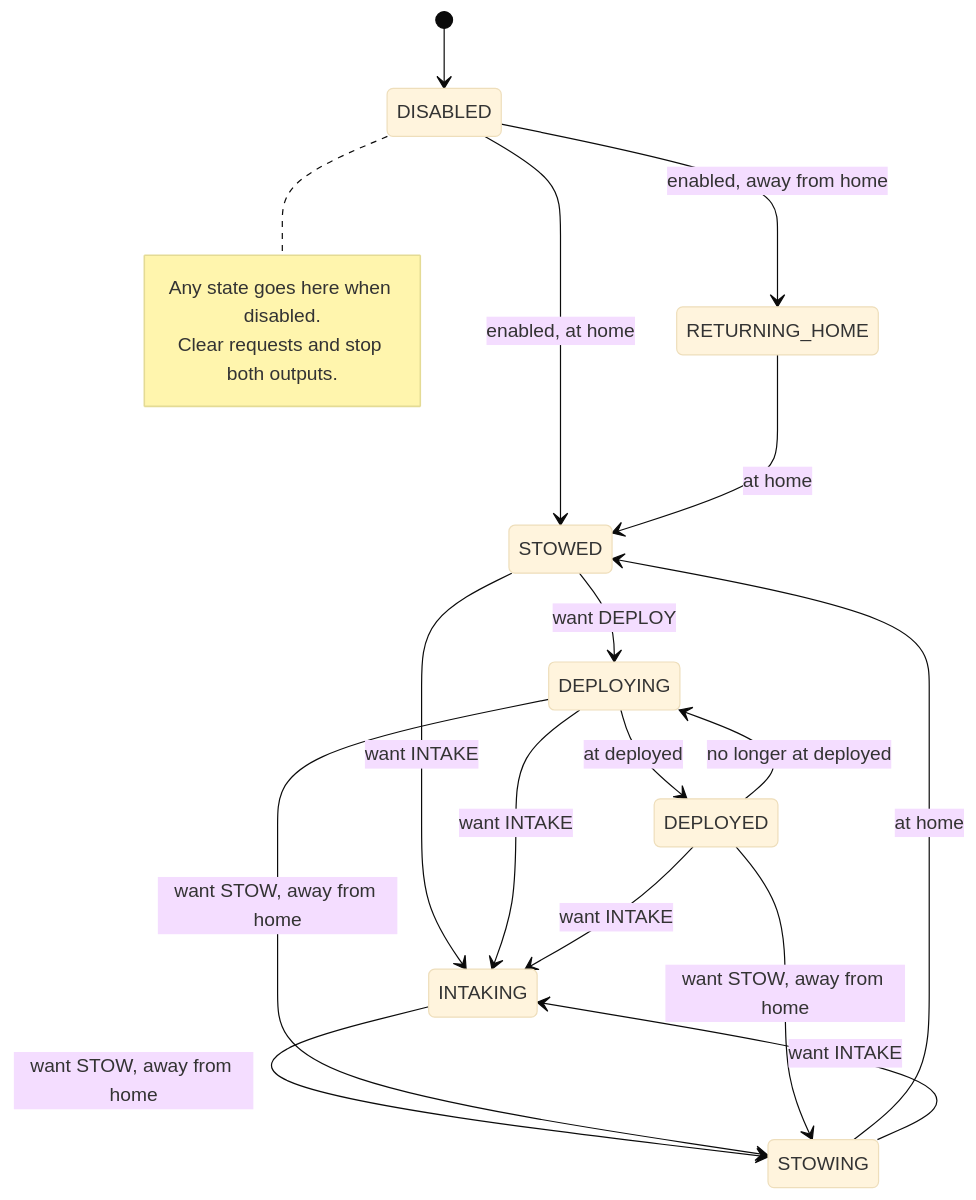
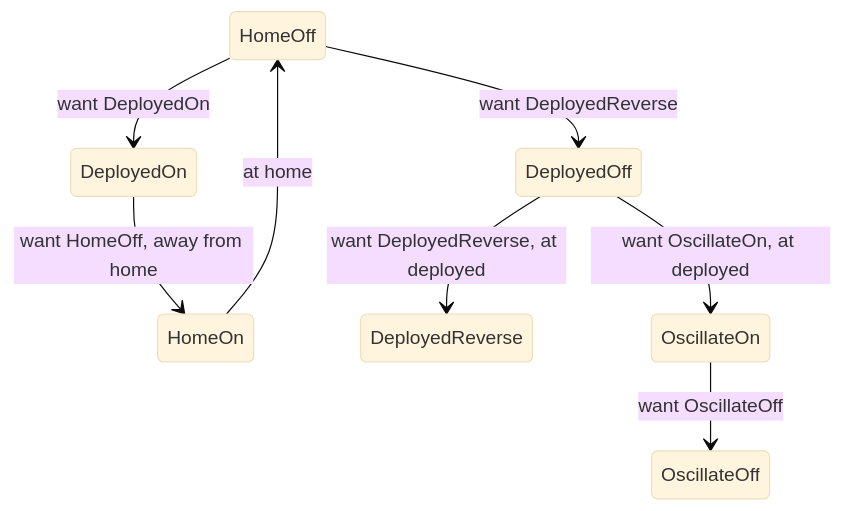
Before and after one commit to Red-Thunder-Robotics/7166_REBUILT: the diagram in docs/training/intake-state-machine.md, drawn with Mermaid (base theme). The commit also changed other lines of this file and 3 other files, not shown here.

````diff
--- a/docs/training/intake-state-machine.md
+++ b/docs/training/intake-state-machine.md
@@ -35,22 +35,10 @@
 ```mermaid
 stateDiagram-v2
-    [*] --> DISABLED
-    DISABLED --> RETURNING_HOME: enabled, away from home
-    DISABLED --> STOWED: enabled, at home
-    RETURNING_HOME --> STOWED: at home
-    STOWED --> DEPLOYING: want DEPLOY
-    DEPLOYING --> DEPLOYED: at deployed
-    DEPLOYED --> DEPLOYING: no longer at deployed
-    STOWED --> INTAKING: want INTAKE
-    DEPLOYING --> INTAKING: want INTAKE
-    DEPLOYED --> INTAKING: want INTAKE
-    INTAKING --> STOWING: want STOW, away from home
-    DEPLOYING --> STOWING: want STOW, away from home
-    DEPLOYED --> STOWING: want STOW, away from home
-    STOWING --> STOWED: at home
-    STOWING --> INTAKING: want INTAKE
-    note right of DISABLED
-        Any state goes here when disabled.
-        Clear requests and stop both outputs.
-    end note
+    HomeOff --> DeployedOn: want DeployedOn
+    DeployedOn --> HomeOn: want HomeOff, away from home
+    HomeOn --> HomeOff: at home
+    HomeOff --> DeployedOff: want DeployedReverse
+    DeployedOff --> DeployedReverse: want DeployedReverse, at deployed
+    DeployedOff --> OscillateOn: want OscillateOn, at deployed
+    OscillateOn --> OscillateOff: want OscillateOff
 ```
````
